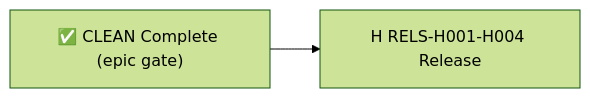
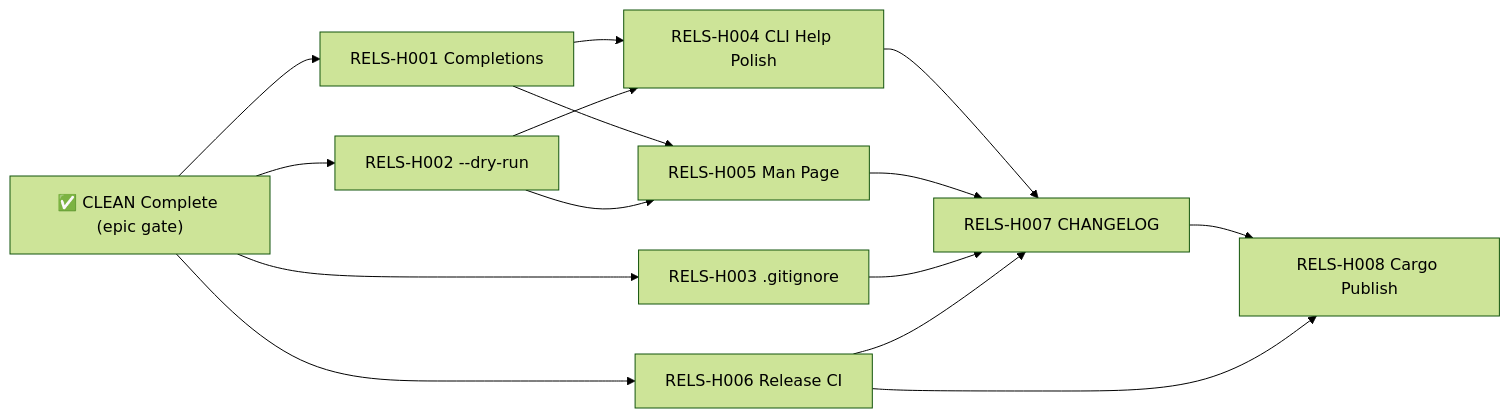
The diagram in .constitution/tasks/critical-path.md (Tuvren/skillprism), drawn with Mermaid (forest theme) before and after one commit. The commit also changed other lines of this file and 2 other files, not shown here.

First line of the commit message:
Epic H: rewrite for full release readiness (13 SP, 8 tickets) (#12)

````diff
--- a/.constitution/tasks/critical-path.md
+++ b/.constitution/tasks/critical-path.md
@@ -16,5 +22,21 @@
 ```mermaid
 flowchart LR
   CLEAN_DONE["✅ CLEAN Complete (epic gate)"]
-  CLEAN_DONE --> RELS-H001["H RELS-H001-H004 Release"]
+  CLEAN_DONE --> H001["RELS-H001 Completions"]
+  CLEAN_DONE --> H002["RELS-H002 --dry-run"]
+  CLEAN_DONE --> H003["RELS-H003 .gitignore"]
+  CLEAN_DONE --> H006["RELS-H006 Release CI"]
+
+  H001 --> H004["RELS-H004 CLI Help Polish"]
+  H002 --> H004
+  H001 --> H005["RELS-H005 Man Page"]
+  H002 --> H005
+
+  H004 --> H007["RELS-H007 CHANGELOG"]
+  H005 --> H007
+  H003 --> H007
+  H006 --> H007
+
+  H007 --> H008["RELS-H008 Cargo Publish"]
+  H006 --> H008
 ```
````
